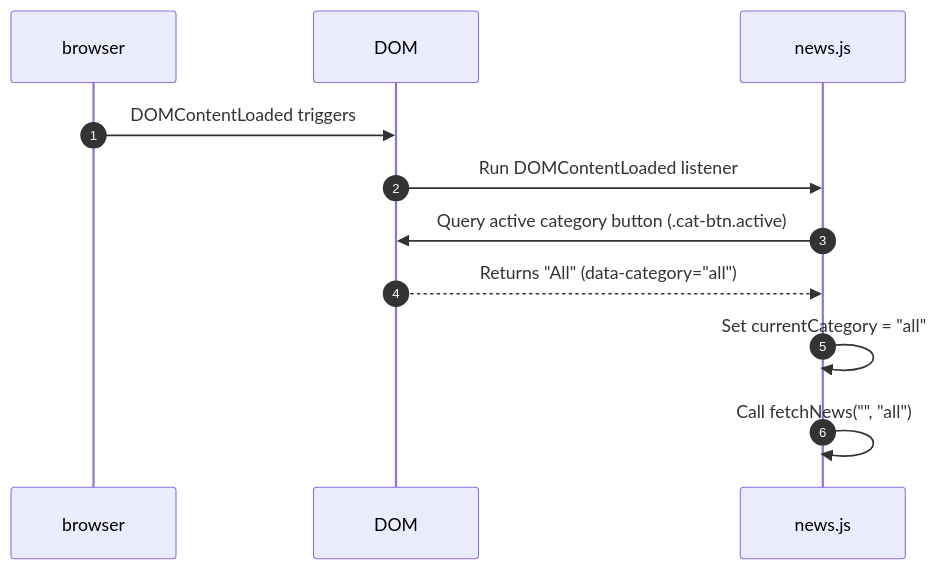
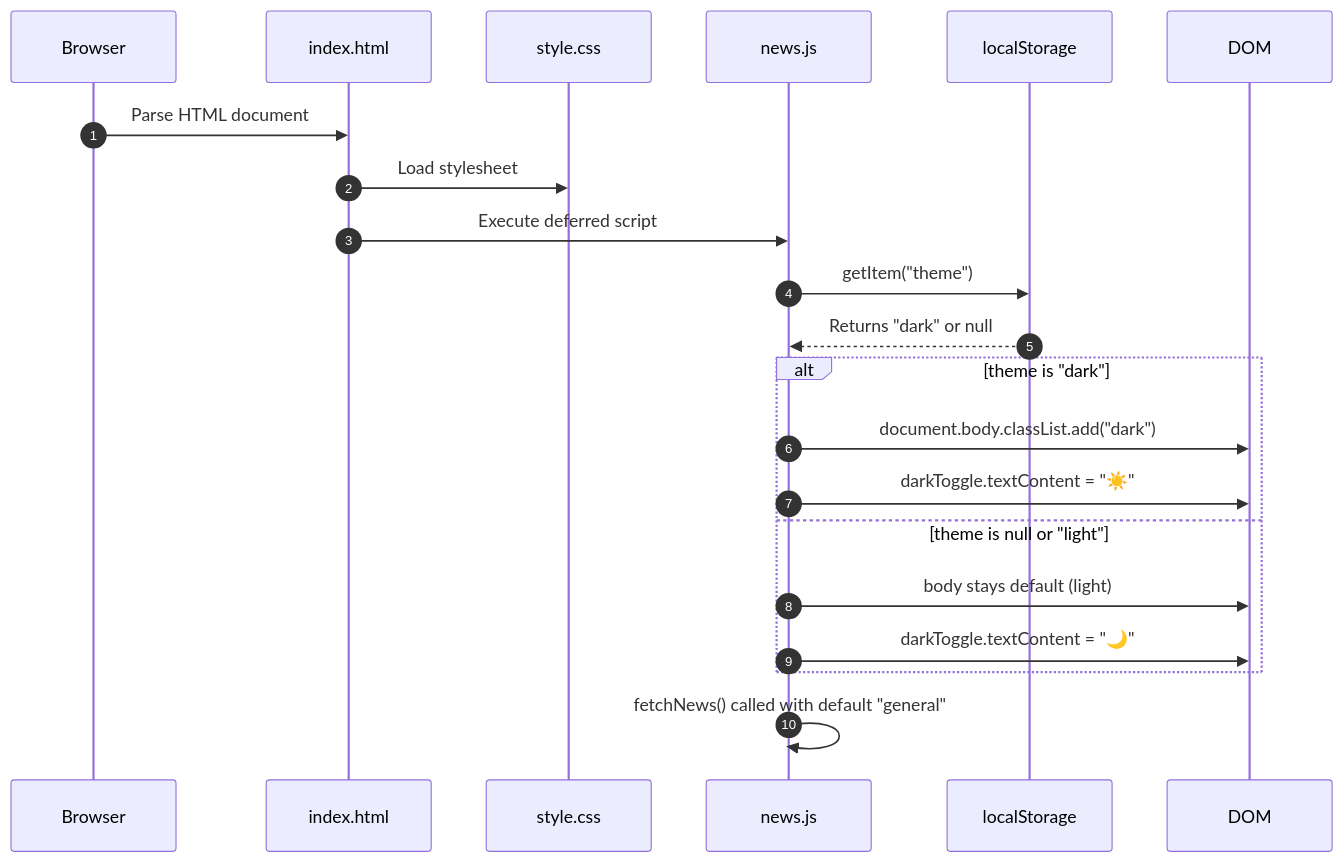
Before and after one commit to shahaulalam85/News_ojt: the second of 13 diagrams in workflow.md, drawn with Mermaid. The commit also changed other lines of this file, not shown here.

````diff
--- a/workflow.md
+++ b/workflow.md
@@ -32,10 +36,17 @@
 ```mermaid
 sequenceDiagram
     autonumber
-    browser->>DOM: DOMContentLoaded triggers
-    DOM->>news.js: Run DOMContentLoaded listener
-    news.js->>DOM: Query active category button (.cat-btn.active)
-    DOM-->>news.js: Returns "All" (data-category="all")
-    news.js->>news.js: Set currentCategory = "all"
-    news.js->>news.js: Call fetchNews("", "all")
+    Browser->>index.html: Parse HTML document
+    index.html->>style.css: Load stylesheet
+    index.html->>news.js: Execute deferred script
+    news.js->>localStorage: getItem("theme")
+    localStorage-->>news.js: Returns "dark" or null
+    alt theme is "dark"
+        news.js->>DOM: document.body.classList.add("dark")
+        news.js->>DOM: darkToggle.textContent = "☀️"
+    else theme is null or "light"
+        news.js->>DOM: body stays default (light)
+        news.js->>DOM: darkToggle.textContent = "🌙"
+    end
+    news.js->>news.js: fetchNews() called with default "general"
 ```
````
